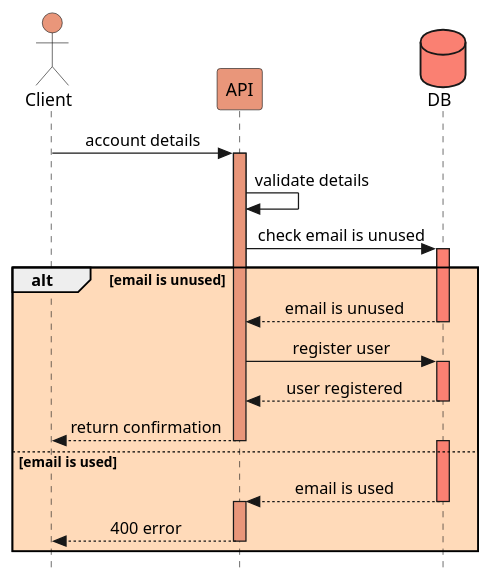
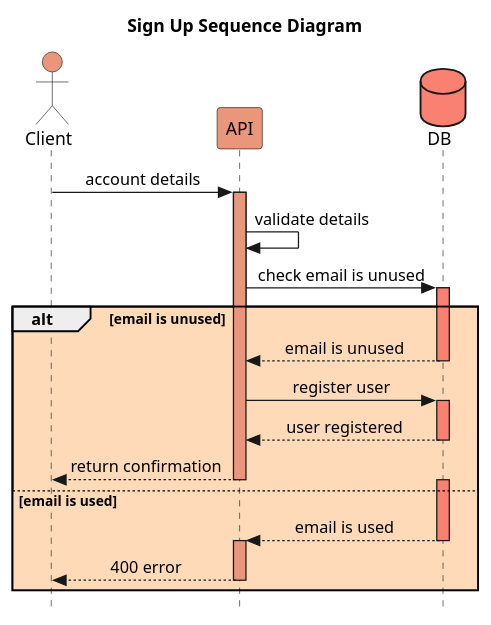
The diagram in docs/diagrams/sequence/SequenceDiagramSignUp.puml (Arquisoft/wiq_en2b), drawn with PlantUML before and after one commit. The commit also changed 1 other file, not shown here.

Commit message:
docs: diagram titles

```diff
--- a/docs/diagrams/sequence/SequenceDiagramSignUp.puml
+++ b/docs/diagrams/sequence/SequenceDiagramSignUp.puml
@@ -1,32 +1,32 @@
 @startuml sign up
-
+title Sign Up Sequence Diagram
 actor Client #darksalmon
 participant API #darksalmon
 database DB #salmon
 skinparam Style strictuml
 skinparam SequenceMessageAlignment center
 
 Client -> API : account details
 activate API #darksalmon
 API -> API : validate details
 API -> DB  : check email is unused
 alt #PeachPuff email is unused
     activate DB #salmon
     DB --> API  : email is unused
     deactivate DB
 
     API -> DB  : register user
     activate DB #salmon
     DB --> API  : user registered
     deactivate DB
     API --> Client  : return confirmation
     deactivate API
 else email is used
     activate DB #salmon
     DB --> API  : email is used
     deactivate DB
     activate API #darksalmon
     API --> Client  : 400 error
     deactivate API
 end
 @enduml
```
